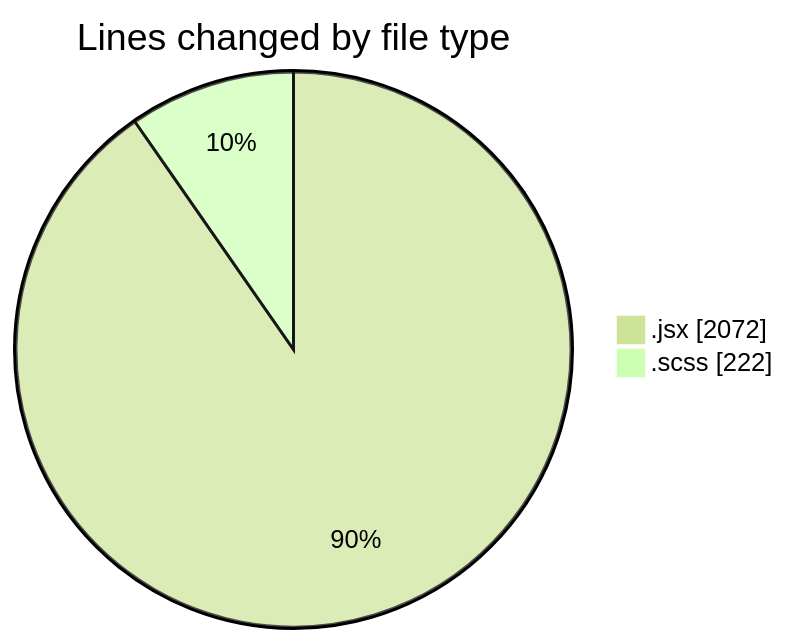
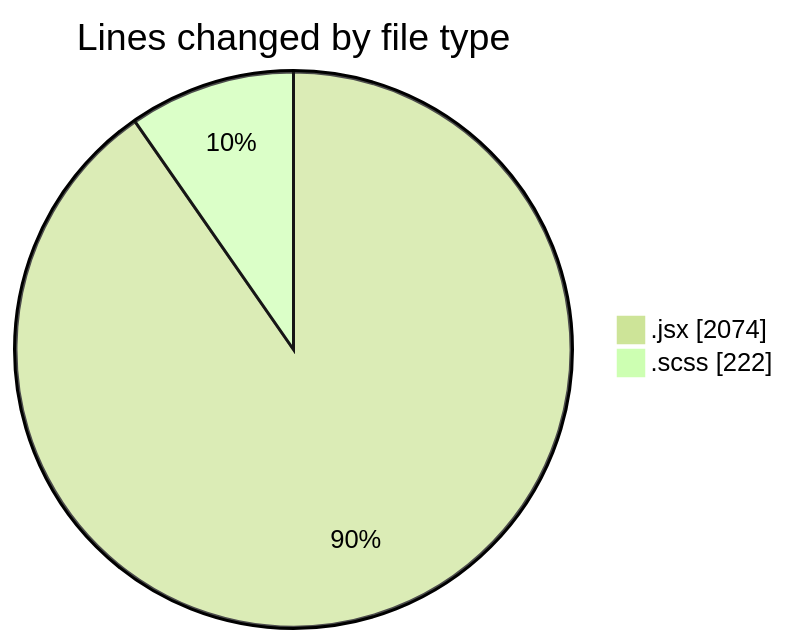
Before and after one commit to momahboobian/code-tracking: the first of 2 diagrams in 2026-09-02/cda/README.md, drawn with Mermaid (forest theme). The commit also changed other lines of this file and 1 other file, not shown here.

````diff
--- a/2026-09-02/cda/README.md
+++ b/2026-09-02/cda/README.md
@@ -27,6 +27,6 @@
 ```mermaid
 pie showData
 title Lines changed by file type
-".jsx" : 2072
+".jsx" : 2074
 ".scss" : 222
 ```
````
